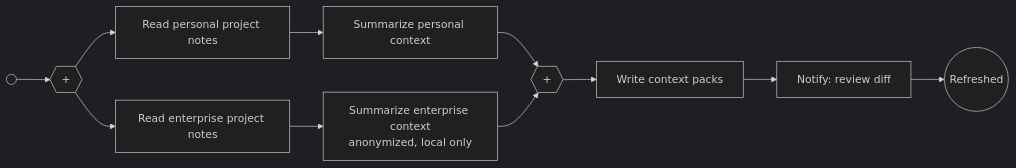
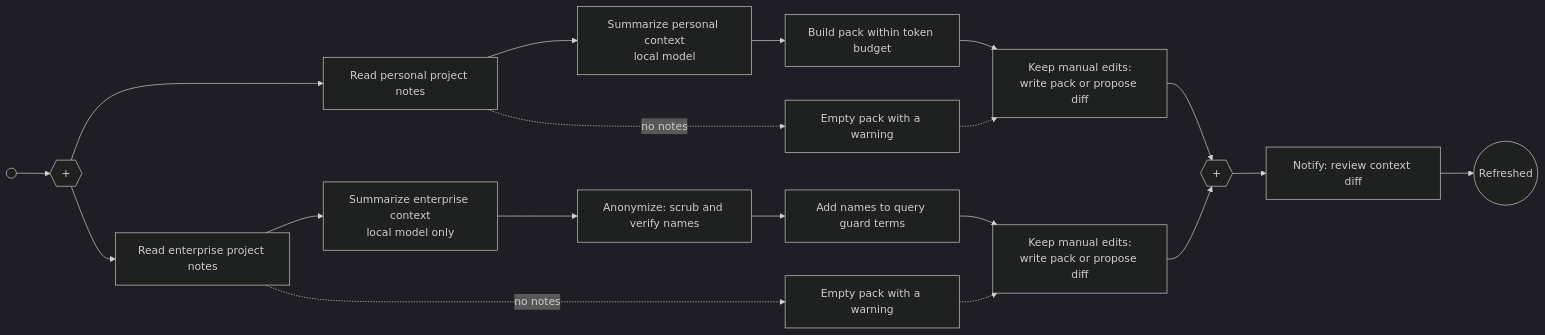
Before and after one commit to zskreisz01/pkpipe: the diagram in docs/process/refresh-project-contexts.md, drawn with Mermaid (dark theme). The commit also changed other lines of this file and 66 other files, not shown here.

First line of the commit message:
feat(context): weekly context_refresh with personal and enterprise packs, query guard terms, context_leak eval (T001 T002 T003 T004 T005 T006)

````diff
--- a/docs/process/refresh-project-contexts.md
+++ b/docs/process/refresh-project-contexts.md
@@ -12,7 +12,9 @@
 ```mermaid
 flowchart LR
     s(( )) --> p{{+}}
-    p --> r1[Read personal project notes] --> s1[Summarize personal context] --> j{{+}}
-    p --> r2[Read enterprise project notes] --> s2[Summarize enterprise context<br/>anonymized, local only] --> j
-    j --> w[Write context packs] --> n[Notify: review diff] --> e((Refreshed))
+    p --> r1[Read personal project notes] --> s1[Summarize personal context<br/>local model] --> b1[Build pack within token budget] --> w1[Keep manual edits:<br/>write pack or propose diff] --> j{{+}}
+    p --> r2[Read enterprise project notes] --> s2[Summarize enterprise context<br/>local model only] --> a2[Anonymize: scrub and verify names] --> t2[Add names to query guard terms] --> w2[Keep manual edits:<br/>write pack or propose diff] --> j
+    r1 -.->|no notes| e1[Empty pack with a warning] -.-> w1
+    r2 -.->|no notes| e2[Empty pack with a warning] -.-> w2
+    j --> n[Notify: review context diff] --> e((Refreshed))
 ```
````
